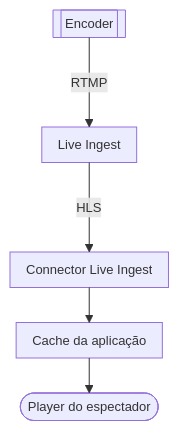
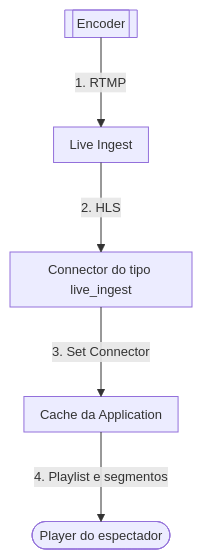
The diagram in apps/docs/src/content/docs/pt-br/pages/secure/live-ingest/ingestao-e-entrega.mdx (aziontech/docs), drawn with Mermaid before and after one commit. The commit also changed other lines of this file and 19 other files, not shown here.

````diff
--- a/apps/docs/src/content/docs/pt-br/pages/secure/live-ingest/ingestao-e-entrega.mdx
+++ b/apps/docs/src/content/docs/pt-br/pages/secure/live-ingest/ingestao-e-entrega.mdx
@@ -58,8 +60,8 @@
 ```mermaid
 %%{init: {"layout": "elk", "themeVariables": {"fontSize": "13px"}, "flowchart": {"nodeSpacing": 24, "rankSpacing": 36, "padding": 8, "wrappingWidth": 150, "useMaxWidth": true}, "sequence": {"width": 120, "actorMargin": 30, "useMaxWidth": true}}}%%
 flowchart TD
-  Enc[["Encoder"]] -->|"RTMP"| LI["Live Ingest"]
-  LI -->|"HLS"| Conn["Connector Live Ingest"]
-  Conn --> App["Cache da aplicação"]
-  App --> Player(["Player do espectador"])
+  Enc[["Encoder"]] -->|"1. RTMP"| LI["Live Ingest"]
+  LI -->|"2. HLS"| Conn["Connector do tipo live_ingest"]
+  Conn -->|"3. Set Connector"| App["Cache da Application"]
+  App -->|"4. Playlist e segmentos"| Player(["Player do espectador"])
 ```
````
